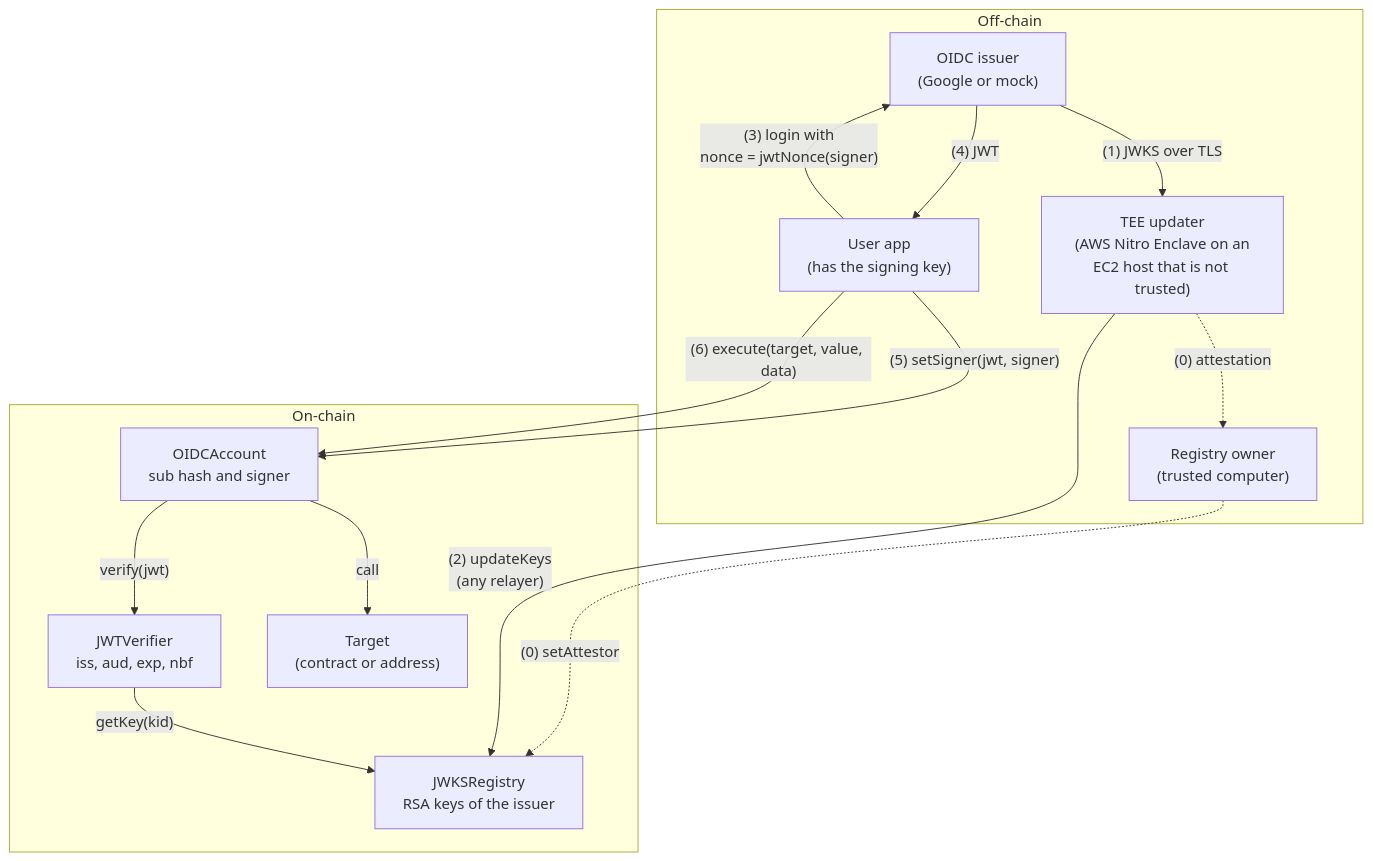
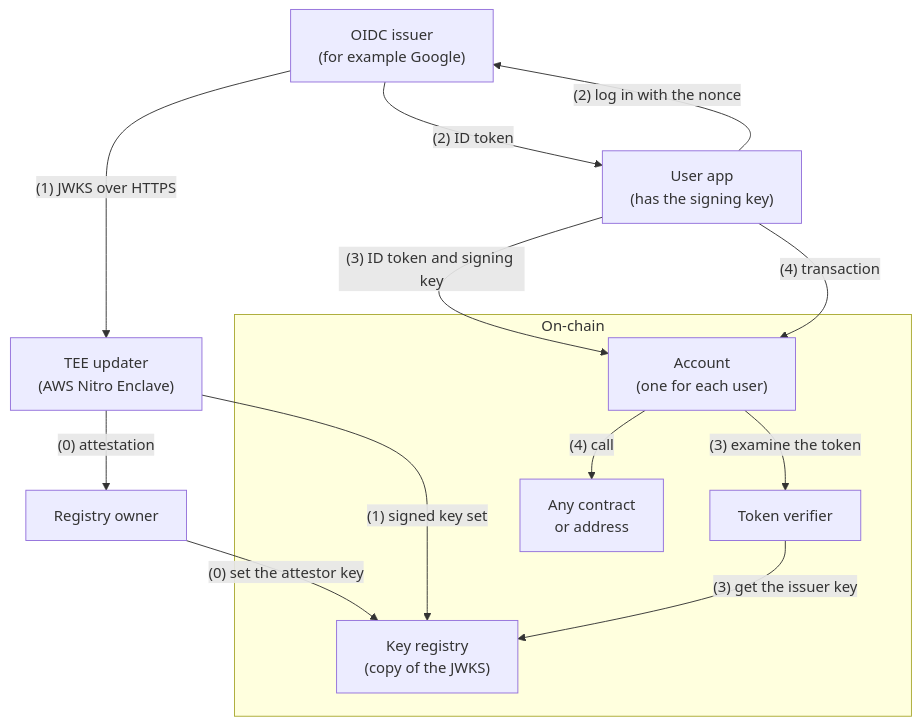
Before and after one commit to mmv08/oidc-smart-account: the first of 2 diagrams in README.md, drawn with Mermaid. The commit also changed other lines of this file and 19 other files, not shown here.

````diff
--- a/README.md
+++ b/README.md
@@ -9,28 +24,26 @@
 ```mermaid
 flowchart TB
-    subgraph offchain ["Off-chain"]
-        owner["Registry owner<br/>(trusted computer)"]
-        tee["TEE updater<br/>(AWS Nitro Enclave on an<br/>EC2 host that is not trusted)"]
-        issuer["OIDC issuer<br/>(Google or mock)"]
-        user["User app<br/>(has the signing key)"]
+    issuer["OIDC issuer<br/>(for example Google)"]
+    tee["TEE updater<br/>(AWS Nitro Enclave)"]
+    owner["Registry owner"]
+    app["User app<br/>(has the signing key)"]
+
+    subgraph onchain ["On-chain"]
+        registry["Key registry<br/>(copy of the JWKS)"]
+        verifier["Token verifier"]
+        account["Account<br/>(one for each user)"]
+        target["Any contract<br/>or address"]
     end
 
-    subgraph onchain ["On-chain"]
-        registry["JWKSRegistry<br/>RSA keys of the issuer"]
-        verifier["JWTVerifier<br/>iss, aud, exp, nbf"]
-        account["OIDCAccount<br/>sub hash and signer"]
-        target["Target<br/>(contract or address)"]
-    end
-
-    tee -. "(0) attestation" .-> owner
-    owner -. "(0) setAttestor" .-> registry
-    issuer -- "(1) JWKS over TLS" --> tee
-    tee -- "(2) updateKeys<br/>(any relayer)" --> registry
-    user -- "(3) login with<br/>nonce = jwtNonce(signer)" --> issuer
-    issuer -- "(4) JWT" --> user
-    user -- "(5) setSigner(jwt, signer)" --> account
-    account -- "verify(jwt)" --> verifier
-    verifier -- "getKey(kid)" --> registry
-    user -- "(6) execute(target, value, data)" --> account
-    account -- "call" --> target
+    tee -- "(0) attestation" --> owner
+    owner -- "(0) set the attestor key" --> registry
+    issuer -- "(1) JWKS over HTTPS" --> tee
+    tee -- "(1) signed key set" --> registry
+    app -- "(2) log in with the nonce" --> issuer
+    issuer -- "(2) ID token" --> app
+    app -- "(3) ID token and signing key" --> account
+    account -- "(3) examine the token" --> verifier
+    verifier -- "(3) get the issuer key" --> registry
+    app -- "(4) transaction" --> account
+    account -- "(4) call" --> target
 ```
````
